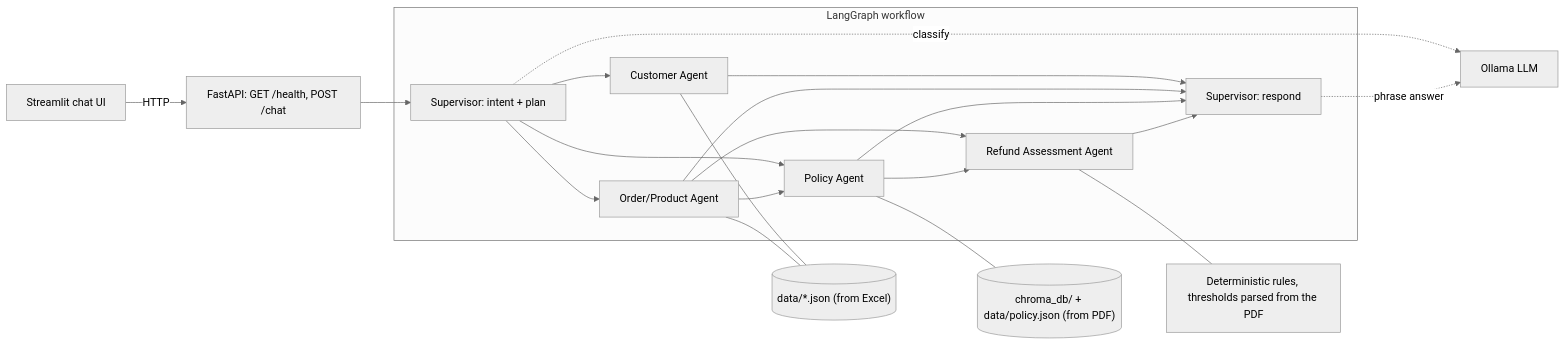
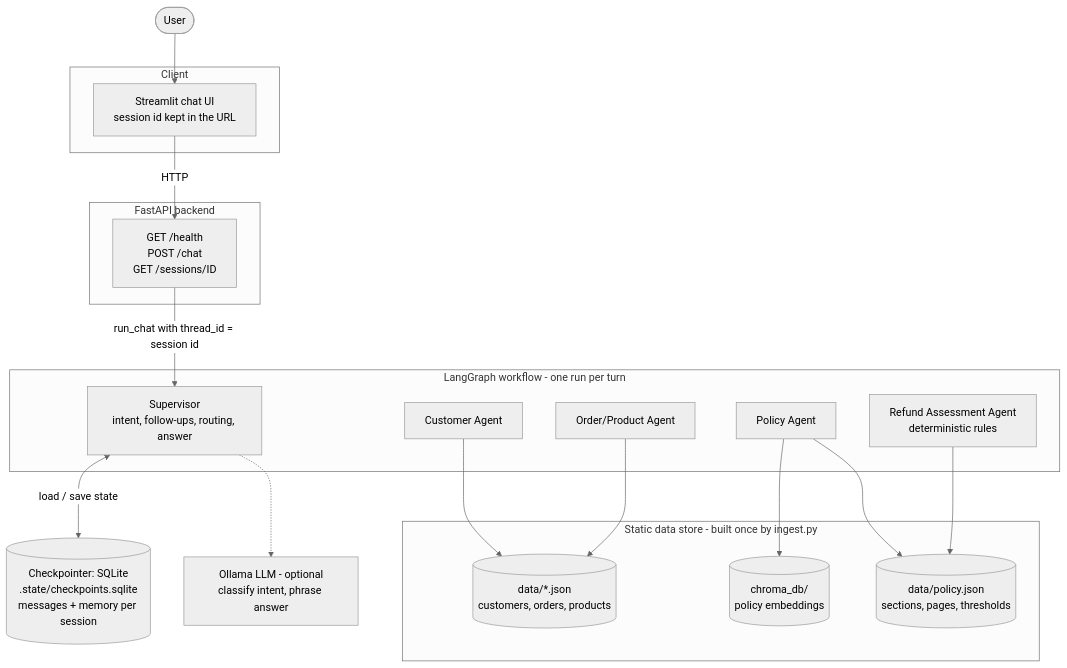
One commit to MihaliRahael/Conclusion_solutioning changed the first of 4 diagrams in customer_support/README.md. Above: the diagram before and after it, drawn with Mermaid (neutral theme). The commit also changed other lines of this file, not shown here.

````diff
--- a/customer_support/README.md
+++ b/customer_support/README.md
@@ -19,25 +24,40 @@
 ```mermaid
-flowchart LR
-    UI[Streamlit chat UI] -->|HTTP| API["FastAPI: GET /health, POST /chat"]
-    API --> S
+flowchart TB
+    User([User]) --> UI
 
-    subgraph G[LangGraph workflow]
-        S["Supervisor: intent + plan"] --> C[Customer Agent]
-        S --> OP[Order/Product Agent]
-        S --> P[Policy Agent]
-        OP --> P
-        OP --> R[Refund Assessment Agent]
-        P --> R
-        C --> Z["Supervisor: respond"]
-        OP --> Z
-        P --> Z
-        R --> Z
+    subgraph Client
+        UI["Streamlit chat UI<br/>session id kept in the URL"]
     end
 
-    C --- X[("data/*.json (from Excel)")]
-    OP --- X
-    P --- V[("chroma_db/ + data/policy.json (from PDF)")]
-    R --- RULES["Deterministic rules, thresholds parsed from the PDF"]
-    S -. classify .-> L[Ollama LLM]
-    Z -. phrase answer .-> L
+    subgraph Backend["FastAPI backend"]
+        API["GET /health<br/>POST /chat<br/>GET /sessions/ID"]
+    end
+
+    subgraph Graph["LangGraph workflow - one run per turn"]
+        SUP["Supervisor<br/>intent, follow-ups, routing, answer"]
+        CUST["Customer Agent"]
+        ORD["Order/Product Agent"]
+        POL["Policy Agent"]
+        REF["Refund Assessment Agent<br/>deterministic rules"]
+    end
+
+    CP[("Checkpointer: SQLite<br/>.state/checkpoints.sqlite<br/>messages + memory per session")]
+
+    subgraph Store["Static data store - built once by ingest.py"]
+        JSON[("data/*.json<br/>customers, orders, products")]
+        PJSON[("data/policy.json<br/>sections, pages, thresholds")]
+        CHROMA[("chroma_db/<br/>policy embeddings")]
+    end
+
+    LLM["Ollama LLM - optional<br/>classify intent, phrase answer"]
+
+    UI -->|HTTP| API
+    API -->|"run_chat with thread_id = session id"| SUP
+    SUP <-->|"load / save state"| CP
+    SUP -.-> LLM
+    CUST --> JSON
+    ORD --> JSON
+    POL --> CHROMA
+    POL --> PJSON
+    REF --> PJSON
 ```
````
